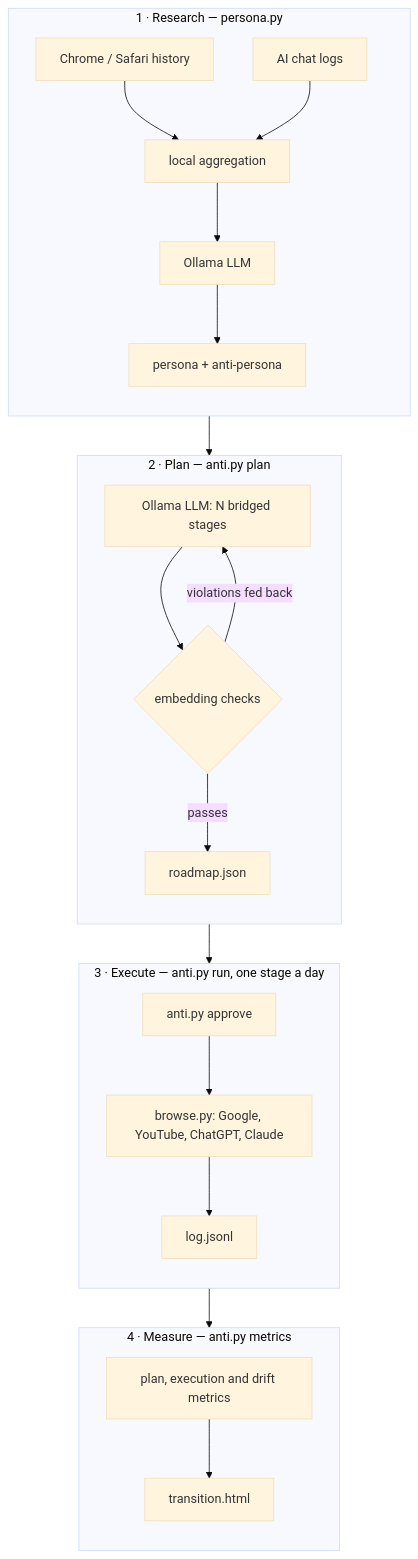
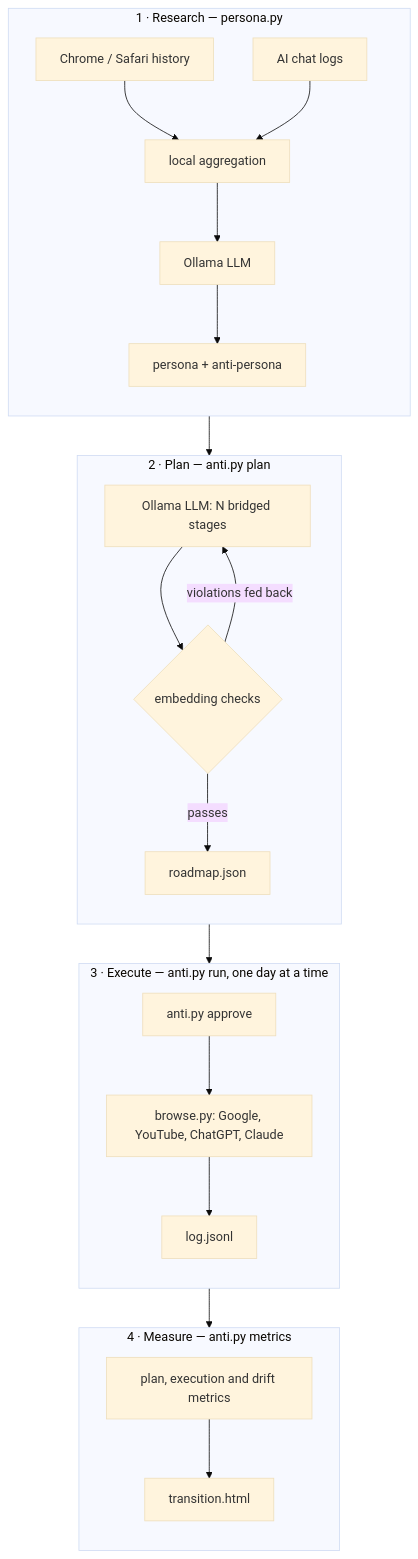
One commit to tonoyandev/web3lesson changed the diagram in README.md. Above: the diagram before and after it, drawn with Mermaid (base theme). The commit also changed other lines of this file and 1 other file, not shown here.

First line of the commit message:
feat: --days-per-stage, each stage lived over several reworded days

````diff
--- a/README.md
+++ b/README.md
@@ -27,26 +28,26 @@
 ```mermaid
 flowchart TB
   subgraph research ["1 · Research — persona.py"]
     direction TB
     H[Chrome / Safari history] --> A[local aggregation]
     C[AI chat logs] --> A
     A --> L1[Ollama LLM] --> P[persona + anti-persona]
   end
   subgraph plan ["2 · Plan — anti.py plan"]
     direction TB
     L2[Ollama LLM: N bridged stages] --> V{embedding checks}
     V -- violations fed back --> L2
     V -- passes --> R[roadmap.json]
   end
-  subgraph execute ["3 · Execute — anti.py run, one stage a day"]
+  subgraph execute ["3 · Execute — anti.py run, one day at a time"]
     direction TB
     AP[anti.py approve] --> B[browse.py: Google, YouTube, ChatGPT, Claude] --> LOG[log.jsonl]
   end
   subgraph measure ["4 · Measure — anti.py metrics"]
     direction TB
     M[plan, execution and drift metrics] --> D[transition.html]
   end
   P --> L2
   R --> AP
   LOG --> M
 ```
````
